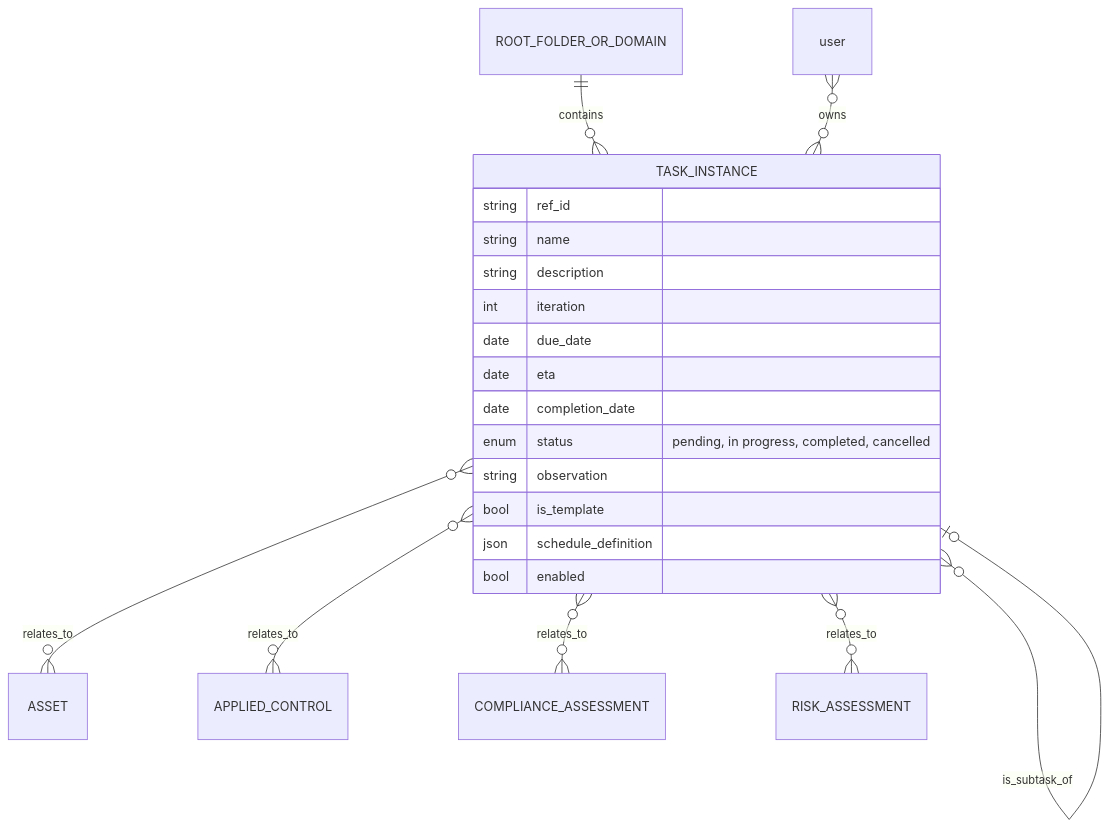
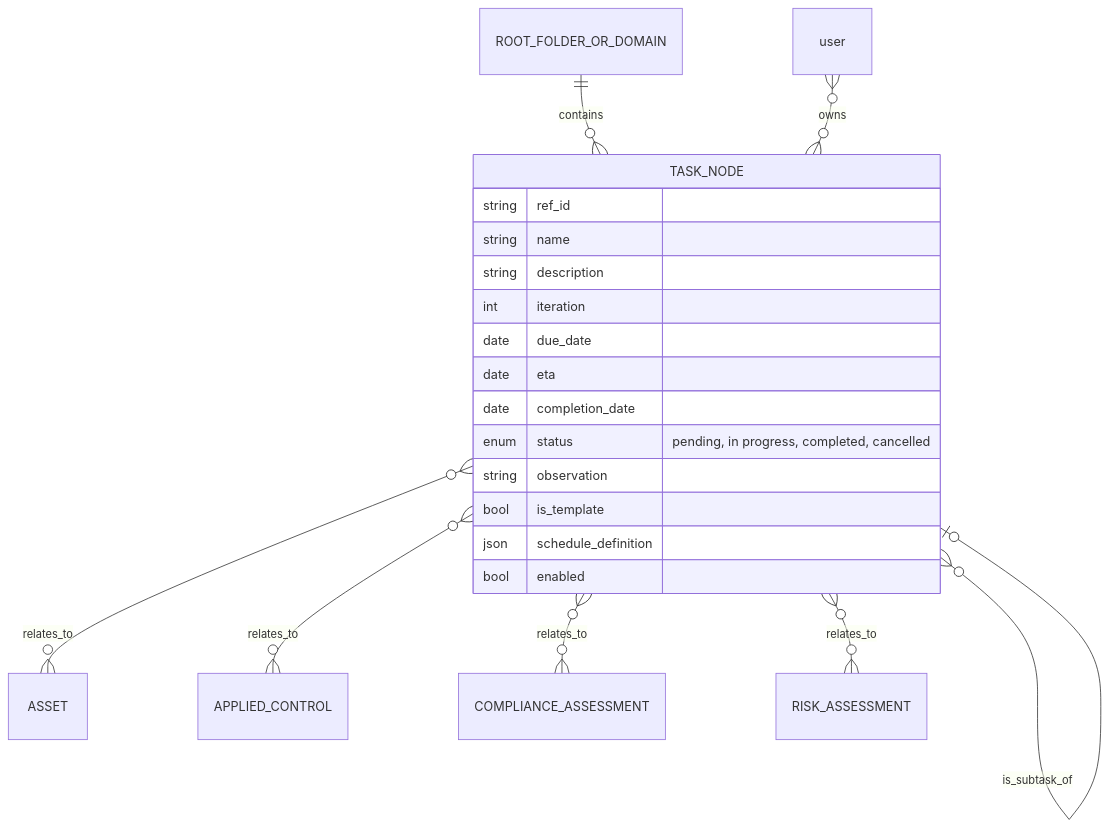
Diagram 13 of 13 in documentation/architecture/data-model.md (intuitem/ciso-assistant-community), drawn with Mermaid before and after one commit.

Commit message:
Update data-model.md
TASK_INSTANCE -> TASK_NODE

````diff
--- a/documentation/architecture/data-model.md
+++ b/documentation/architecture/data-model.md
@@ -1570,29 +1570,29 @@
 ```mermaid
 erDiagram
 
-ROOT_FOLDER_OR_DOMAIN ||--o{ TASK_INSTANCE : contains
-TASK_INSTANCE |o--o{ TASK_INSTANCE         : generates
-user          }o--o{ TASK_INSTANCE         : owns
-TASK_INSTANCE }o--o| TASK_INSTANCE         : is_subtask_of
-TASK_INSTANCE }o--o{ ASSET                 : relates_to
-TASK_INSTANCE }o--o{ APPLIED_CONTROL       : relates_to
-TASK_INSTANCE }o--o{ COMPLIANCE_ASSESSMENT : relates_to
-TASK_INSTANCE }o--o{ RISK_ASSESSMENT       : relates_to
+ROOT_FOLDER_OR_DOMAIN ||--o{ TASK_NODE     : contains
+TASK_NODE     |o--o{ TASK_NODE             : generates
+user          }o--o{ TASK_NODE             : owns
+TASK_NODE     }o--o| TASK_NODE             : is_subtask_of
+TASK_NODE     }o--o{ ASSET                 : relates_to
+TASK_NODE     }o--o{ APPLIED_CONTROL       : relates_to
+TASK_NODE     }o--o{ COMPLIANCE_ASSESSMENT : relates_to
+TASK_NODE     }o--o{ RISK_ASSESSMENT       : relates_to
 
-TASK_INSTANCE {
+TASK_NODE {
     string ref_id
     string name
     string description
     int    iteration
     date   due_date
 
     date   eta
     date   completion_date
     enum   status "pending, in progress, completed, cancelled"
     string observation
 
     bool   is_template
     json   schedule_definition
     bool   enabled
 }
 ```
````
